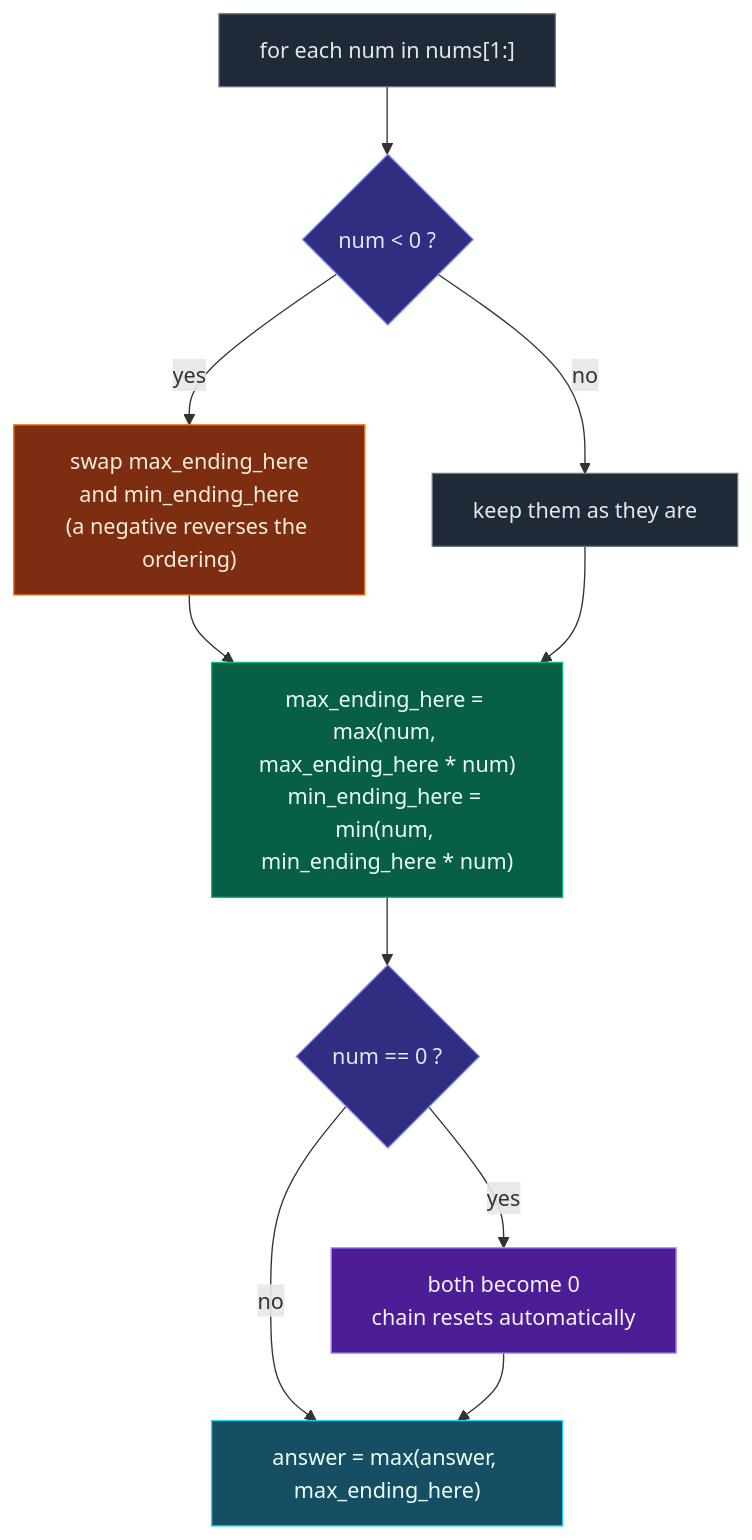
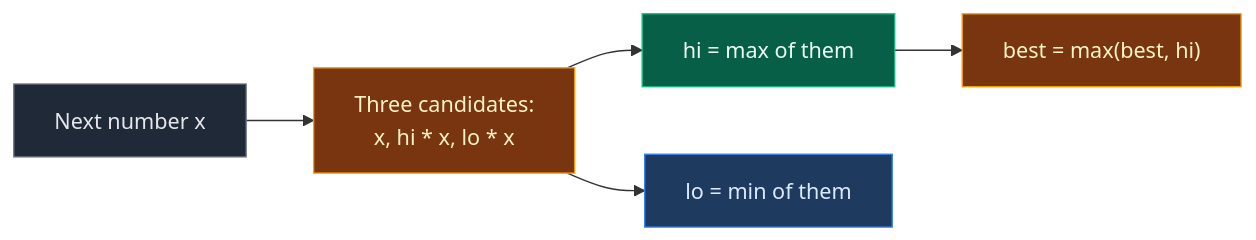
Before and after one commit to ajay-nikumbh/dsa-notes: the diagram in 01. Array/10. Kadane (Running Optimization)/03. 152. Maximum Product Subarray.md, drawn with Mermaid. The commit also changed other lines of this file and 85 other files, not shown here.

````diff
--- a/01. Array/10. Kadane (Running Optimization)/03. 152. Maximum Product Subarray.md
+++ b/01. Array/10. Kadane (Running Optimization)/03. 152. Maximum Product Subarray.md
@@ -45,20 +69,12 @@
 ```mermaid
-flowchart TD
-    S["for each num in nums[1:]"]:::edge
-    S --> Q{"num &lt; 0 ?"}:::decide
-    Q -- "yes" --> W["swap max_ending_here<br/>and min_ending_here<br/>(a negative reverses the ordering)"]:::swap
-    Q -- "no" --> K["keep them as they are"]:::edge
-    W --> U
-    K --> U["max_ending_here = max(num, max_ending_here * num)<br/>min_ending_here = min(num, min_ending_here * num)"]:::calc
-    U --> Z{"num == 0 ?"}:::decide
-    Z -- "yes" --> R["both become 0<br/>chain resets automatically"]:::reset
-    Z -- "no" --> A
-    R --> A["answer = max(answer, max_ending_here)"]:::total
+flowchart LR
+    A["Next number x"]:::a --> B["Three candidates:<br/>x, hi * x, lo * x"]:::c
+    B --> C["hi = max of them"]:::d
+    B --> D["lo = min of them"]:::b
+    C --> E["best = max(best, hi)"]:::c
 
-    classDef edge fill:#1f2937,stroke:#6b7280,color:#e5e7eb
-    classDef decide fill:#312e81,stroke:#818cf8,color:#e0e7ff
-    classDef swap fill:#7c2d12,stroke:#f97316,color:#ffedd5
-    classDef calc fill:#065f46,stroke:#10b981,color:#ecfdf5
-    classDef reset fill:#4c1d95,stroke:#a78bfa,color:#f5f3ff
-    classDef total fill:#164e63,stroke:#22d3ee,color:#ecfeff
+    classDef a fill:#1f2937,stroke:#6b7280,color:#e5e7eb
+    classDef b fill:#1e3a5f,stroke:#3b82f6,color:#dbeafe
+    classDef c fill:#78350f,stroke:#f59e0b,color:#fef3c7
+    classDef d fill:#065f46,stroke:#10b981,color:#ecfdf5
 ```
````
